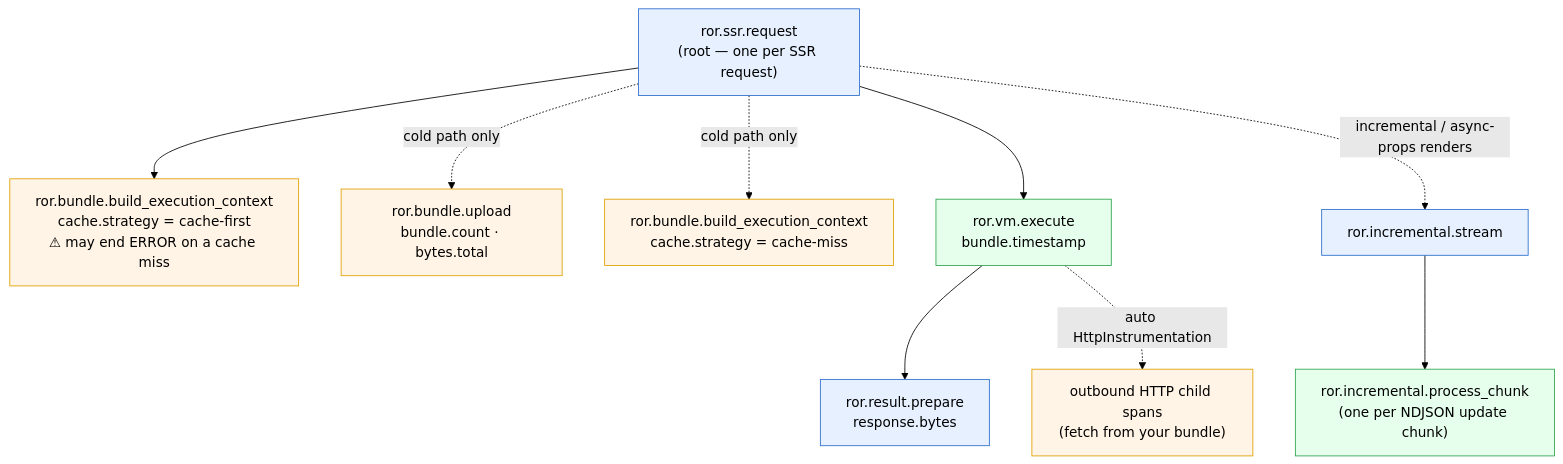
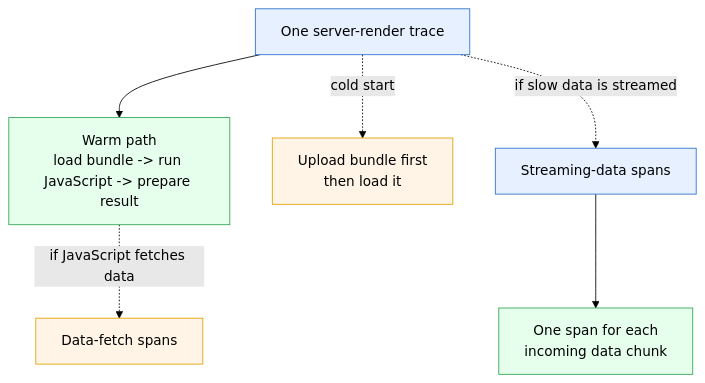
One commit to shakacode/react_on_rails changed the fifth of 5 diagrams in docs/pro/node-renderer.md. Above: the diagram before and after it, drawn with Mermaid (forest theme). The commit also changed other lines of this file and 2 other files, not shown here.

Commit message:
Clarify Node renderer diagrams

````diff
--- a/docs/pro/node-renderer.md
+++ b/docs/pro/node-renderer.md
@@ -410,21 +410,15 @@
 ```mermaid
 flowchart TB
-    Root["ror.ssr.request<br/>(root — one per SSR request)"]
-    Root --> BEC1["ror.bundle.build_execution_context<br/>cache.strategy = cache-first<br/>⚠ may end ERROR on a cache miss"]
-    Root -. "cold path only" .-> Up["ror.bundle.upload<br/>bundle.count · bytes.total"]
-    Root -. "cold path only" .-> BEC2["ror.bundle.build_execution_context<br/>cache.strategy = cache-miss"]
-    Root --> Vm["ror.vm.execute<br/>bundle.timestamp"]
-    Vm --> Prep["ror.result.prepare<br/>response.bytes"]
-    Vm -. "auto HttpInstrumentation" .-> Http["outbound HTTP child spans<br/>(fetch from your bundle)"]
-    Root -. "incremental / async-props renders" .-> Inc["ror.incremental.stream"]
-    Inc --> Chunk["ror.incremental.process_chunk<br/>(one per NDJSON update chunk)"]
+    Root["One server-render trace"]
+    Root --> Warm["Warm path<br/>load bundle -> run JavaScript -> prepare result"]
+    Root -. "cold start" .-> Cold["Upload bundle first<br/>then load it"]
+    Warm -. "if JavaScript fetches data" .-> Http["Data-fetch spans"]
+    Root -. "if slow data is streamed" .-> Inc["Streaming-data spans"]
+    Inc --> Chunk["One span for each<br/>incoming data chunk"]
     style Root fill:#e6f0ff,stroke:#2c6ecb,color:#000
-    style BEC1 fill:#fff4e5,stroke:#e0a000,color:#000
-    style Prep fill:#e6f0ff,stroke:#2c6ecb,color:#000
-    style Vm fill:#e6ffed,stroke:#2da44e,color:#000
+    style Warm fill:#e6ffed,stroke:#2da44e,color:#000
+    style Cold fill:#fff4e5,stroke:#e0a000,color:#000
     style Http fill:#fff4e5,stroke:#e0a000,color:#000
-    style Up fill:#fff4e5,stroke:#e0a000,color:#000
-    style BEC2 fill:#fff4e5,stroke:#e0a000,color:#000
     style Inc fill:#e6f0ff,stroke:#2c6ecb,color:#000
     style Chunk fill:#e6ffed,stroke:#2da44e,color:#000
 ```
````
